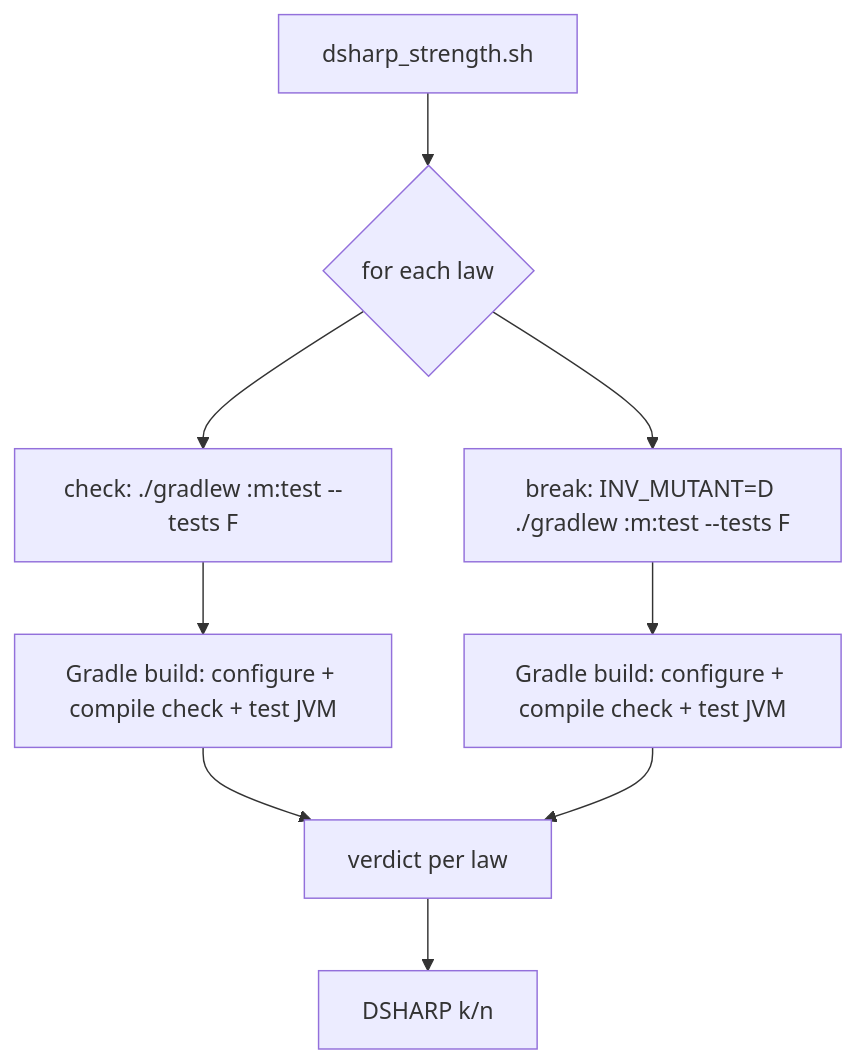
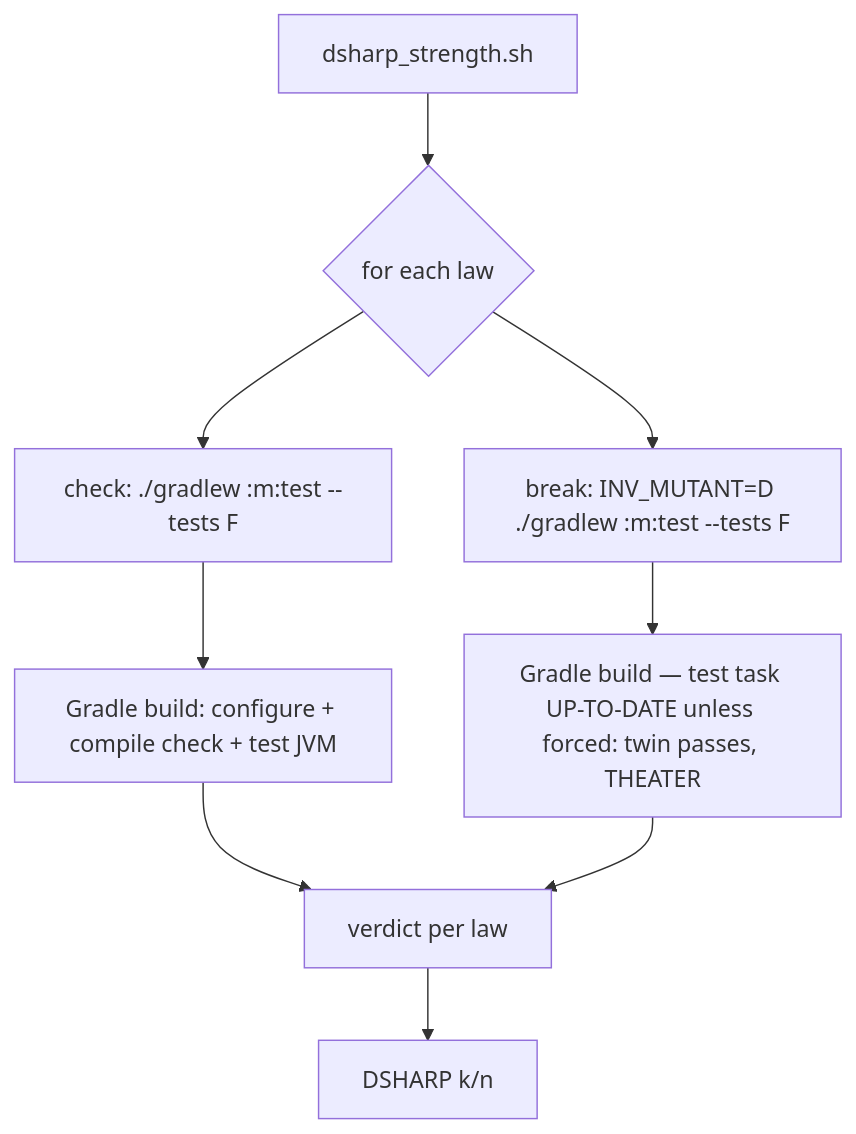
Before and after one commit to kadaluarsa/barbaric-driven-development: the first of 2 diagrams in docs/cascade/05b-t64-law-harness-jvm.md, drawn with Mermaid. The commit also changed other lines of this file and 1 other file, not shown here.

Commit message:
GENERATE 05b t64-law-harness-jvm: answer the critic (C1–C10 fixed), spec v2

````diff
--- a/docs/cascade/05b-t64-law-harness-jvm.md
+++ b/docs/cascade/05b-t64-law-harness-jvm.md
@@ -46,11 +61,11 @@
 ```mermaid
 flowchart TD
   S[dsharp_strength.sh] --> L{for each law}
   L --> C["check: ./gradlew :m:test --tests F"]
   C --> B1[Gradle build: configure + compile check + test JVM]
   L --> R["break: INV_MUTANT=D ./gradlew :m:test --tests F"]
-  R --> B2[Gradle build: configure + compile check + test JVM]
+  R --> B2["Gradle build — test task UP-TO-DATE unless forced: twin passes, THEATER"]
   B1 --> V[verdict per law]
   B2 --> V
   V --> K[DSHARP k/n]
 ```
````
